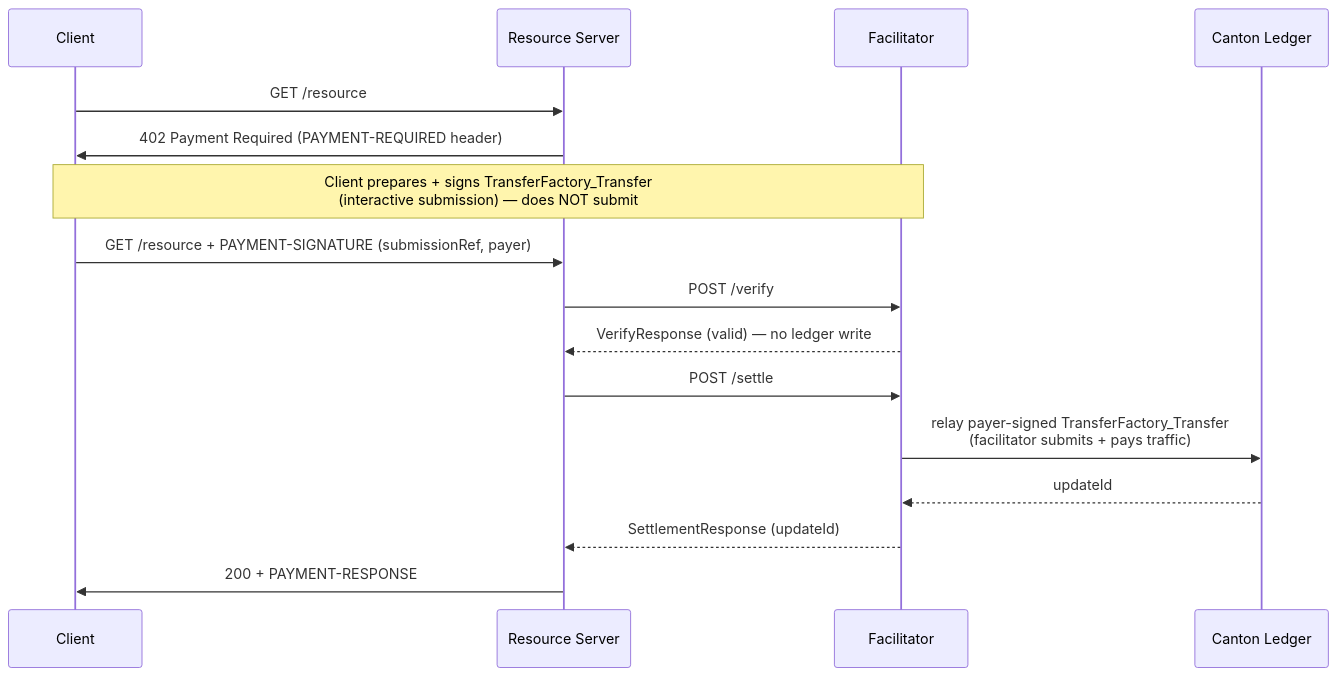
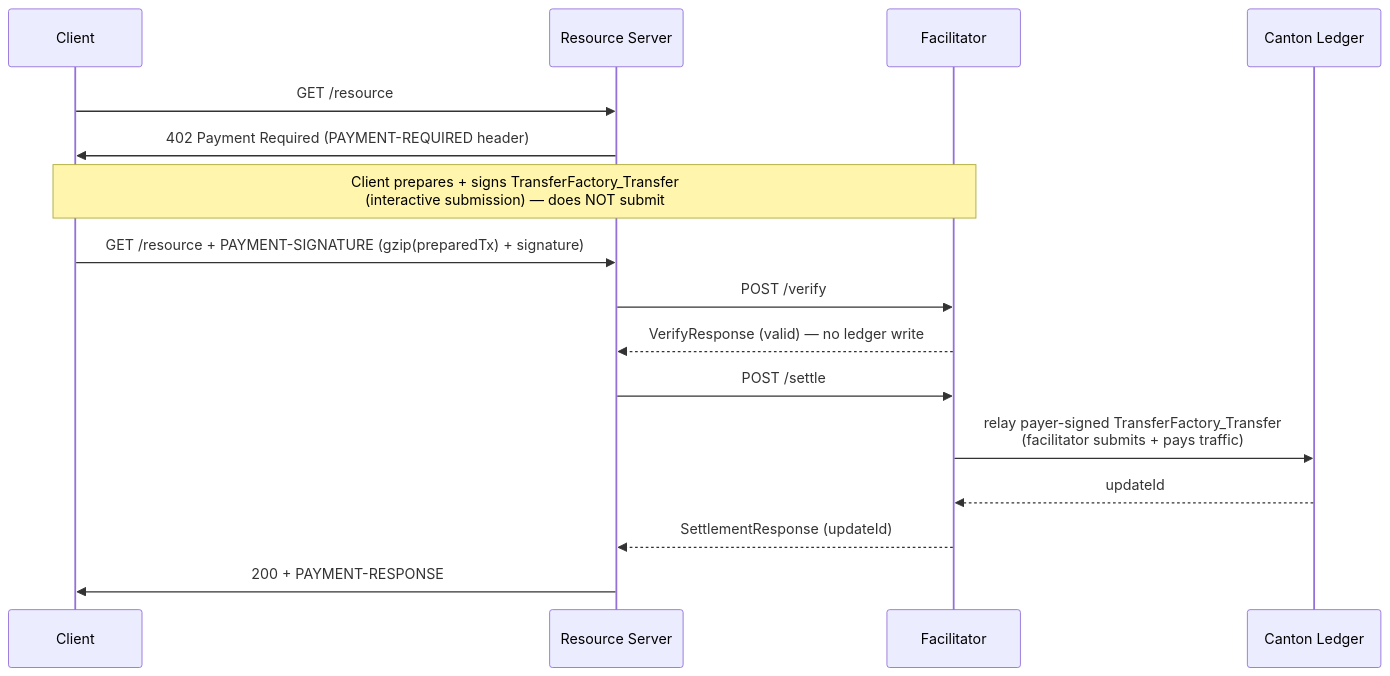
Before and after one commit to FTP-Tech-LLC/x402-canton-facilitator: the diagram in specs/scheme_exact_canton.md, drawn with Mermaid. The commit also changed other lines of this file, not shown here.

````diff
--- a/specs/scheme_exact_canton.md
+++ b/specs/scheme_exact_canton.md
@@ -38,19 +44,19 @@
 ```mermaid
 sequenceDiagram
     participant C as Client
     participant R as Resource Server
     participant F as Facilitator
     participant L as Canton Ledger
 
     C->>R: GET /resource
     R->>C: 402 Payment Required (PAYMENT-REQUIRED header)
     note over C,F: Client prepares + signs TransferFactory_Transfer<br/>(interactive submission) — does NOT submit
-    C->>R: GET /resource + PAYMENT-SIGNATURE (submissionRef, payer)
+    C->>R: GET /resource + PAYMENT-SIGNATURE (gzip(preparedTx) + signature)
     R->>F: POST /verify
     F-->>R: VerifyResponse (valid) — no ledger write
     R->>F: POST /settle
     F->>L: relay payer-signed TransferFactory_Transfer<br/>(facilitator submits + pays traffic)
     L-->>F: updateId
     F-->>R: SettlementResponse (updateId)
     R->>C: 200 + PAYMENT-RESPONSE
 ```
````
